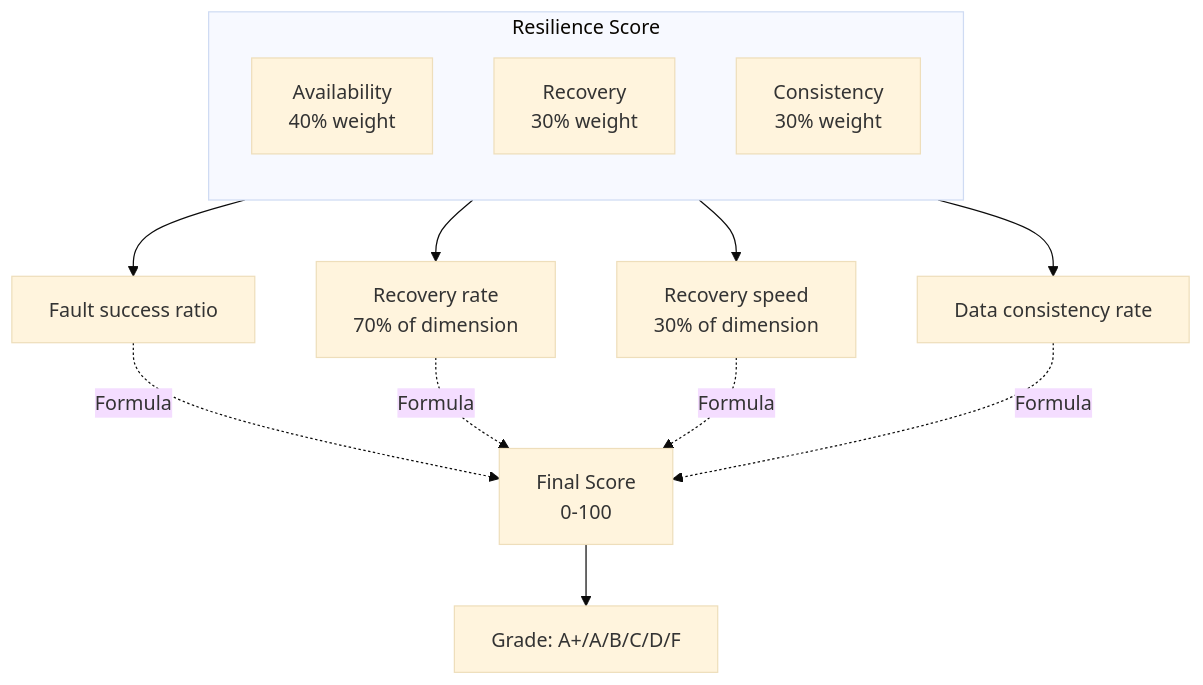
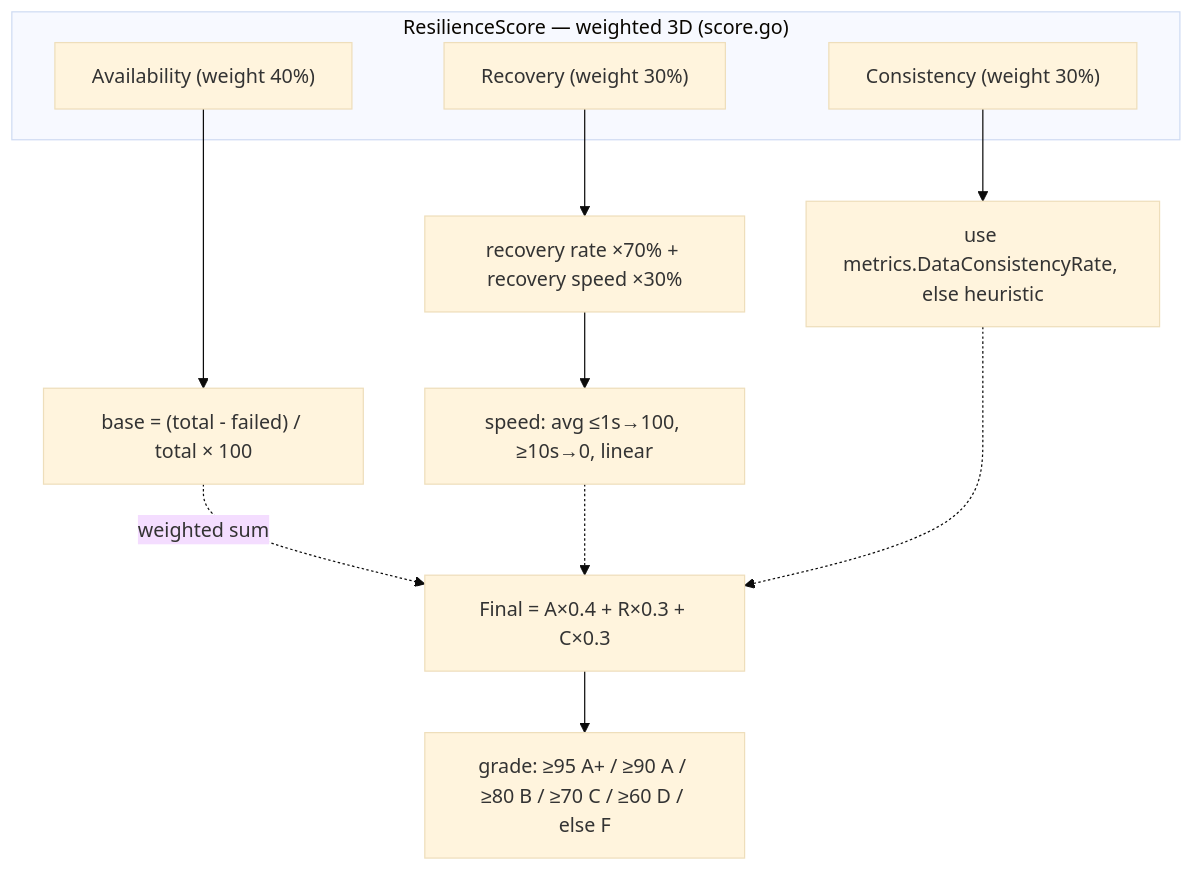
One commit to Timwood0x10/ARES changed the third of 4 diagrams in docs/articles/en/09-arena-fault-injection-deep-dive.md. Above: the diagram before and after it, drawn with Mermaid (base theme). The commit also changed other lines of this file and 2423 other files, not shown here.

````diff
--- a/docs/articles/en/09-arena-fault-injection-deep-dive.md
+++ b/docs/articles/en/09-arena-fault-injection-deep-dive.md
@@ -219,21 +223,16 @@
 ```mermaid
-graph TB
-    subgraph "Resilience Score"
-        direction TB
-        A[Availability<br/>40% weight]
-        R[Recovery<br/>30% weight]
-        C[Consistency<br/>30% weight]
+flowchart TB
+    subgraph Score["ResilienceScore — weighted 3D (score.go)"]
+        A["Availability (weight 40%)"]
+        R["Recovery (weight 30%)"]
+        C["Consistency (weight 30%)"]
     end
-
-    A --> A1[Fault success ratio]
-    R --> R1[Recovery rate<br/>70% of dimension]
-    R --> R2[Recovery speed<br/>30% of dimension]
-    C --> C1[Data consistency rate]
-
-    A1 -.->|Formula| FINAL[Final Score<br/>0-100]
-    R1 -.->|Formula| FINAL
-    R2 -.->|Formula| FINAL
-    C1 -.->|Formula| FINAL
-
-    FINAL --> GRADE[Grade: A+/A/B/C/D/F]
+    A --> A1["base = (total - failed) / total × 100"]
+    R --> R1["recovery rate ×70% + recovery speed ×30%"]
+    R1 --> R2["speed: avg ≤1s→100, ≥10s→0, linear"]
+    C --> C1["use metrics.DataConsistencyRate, else heuristic"]
+    A1 -.weighted sum.-> FIN["Final = A×0.4 + R×0.3 + C×0.3"]
+    R2 -.-> FIN
+    C1 -.-> FIN
+    FIN --> G["grade: ≥95 A+ / ≥90 A / ≥80 B / ≥70 C / ≥60 D / else F"]
 ```
````
